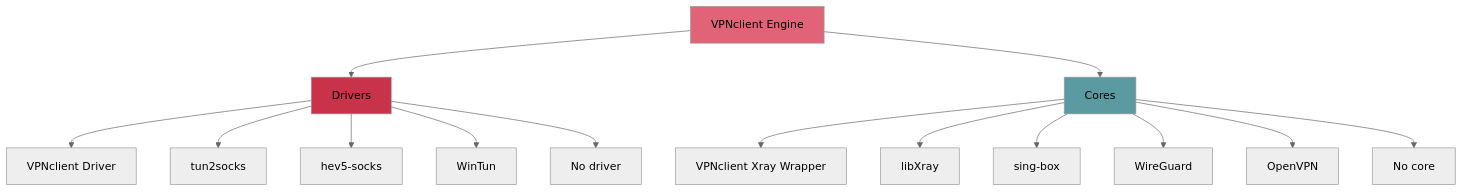
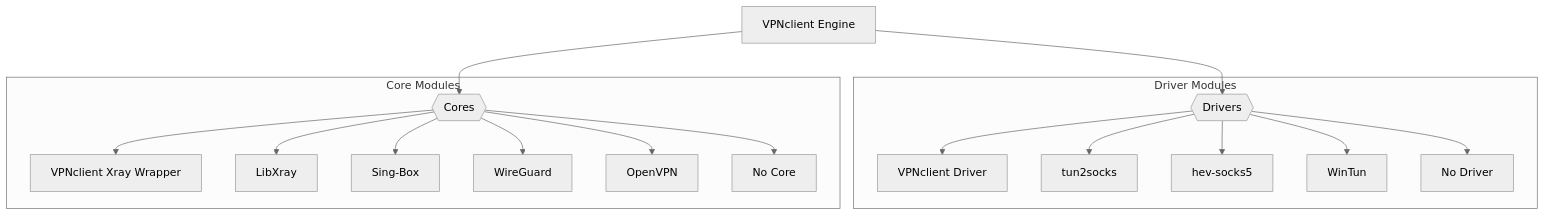
One commit to VPNclient/flutter_vpn_engine changed the diagram in README.md. Above: the diagram before and after it, drawn with Mermaid (neutral theme). The commit also changed other lines of this file, not shown here.

````diff
--- a/README.md
+++ b/README.md
@@ -34,21 +34,20 @@
 ```mermaid
 graph TD
-  style C fill:#e06377
-  C[VPNclient Engine] --> D[Drivers]
-  C --> E[Cores]
-
-  style D fill:#c83349
-  D --> F[VPNclient Driver]
-  D --> G[tun2socks]
-  D --> H[hev5-socks]
-  D --> I[WinTun]
-  D --> J[No driver]
-
-  style E fill:#5b9aa0
-  E --> K[VPNclient Xray Wrapper]
-  E --> L[libXray]
-  E --> M[sing-box]
-  E --> N[WireGuard]
-  E --> O[OpenVPN]
-  E --> P[No core]
+    C[VPNclient Engine] --> D{{Drivers}}
+    C --> E{{Cores}}
+    subgraph Driver Modules
+    D --> D1[VPNclient Driver]
+    D --> D2[tun2socks]
+    D --> D3[hev-socks5]
+    D --> D4[WinTun]
+    D --> D5[No Driver]
+    end
+    subgraph Core Modules
+    E --> E1[VPNclient Xray Wrapper]
+    E --> E2[LibXray]
+    E --> E3[Sing-Box]
+    E --> E4[WireGuard]
+    E --> E5[OpenVPN]
+    E --> E6[No Core]
+    end
 ``` 
````
